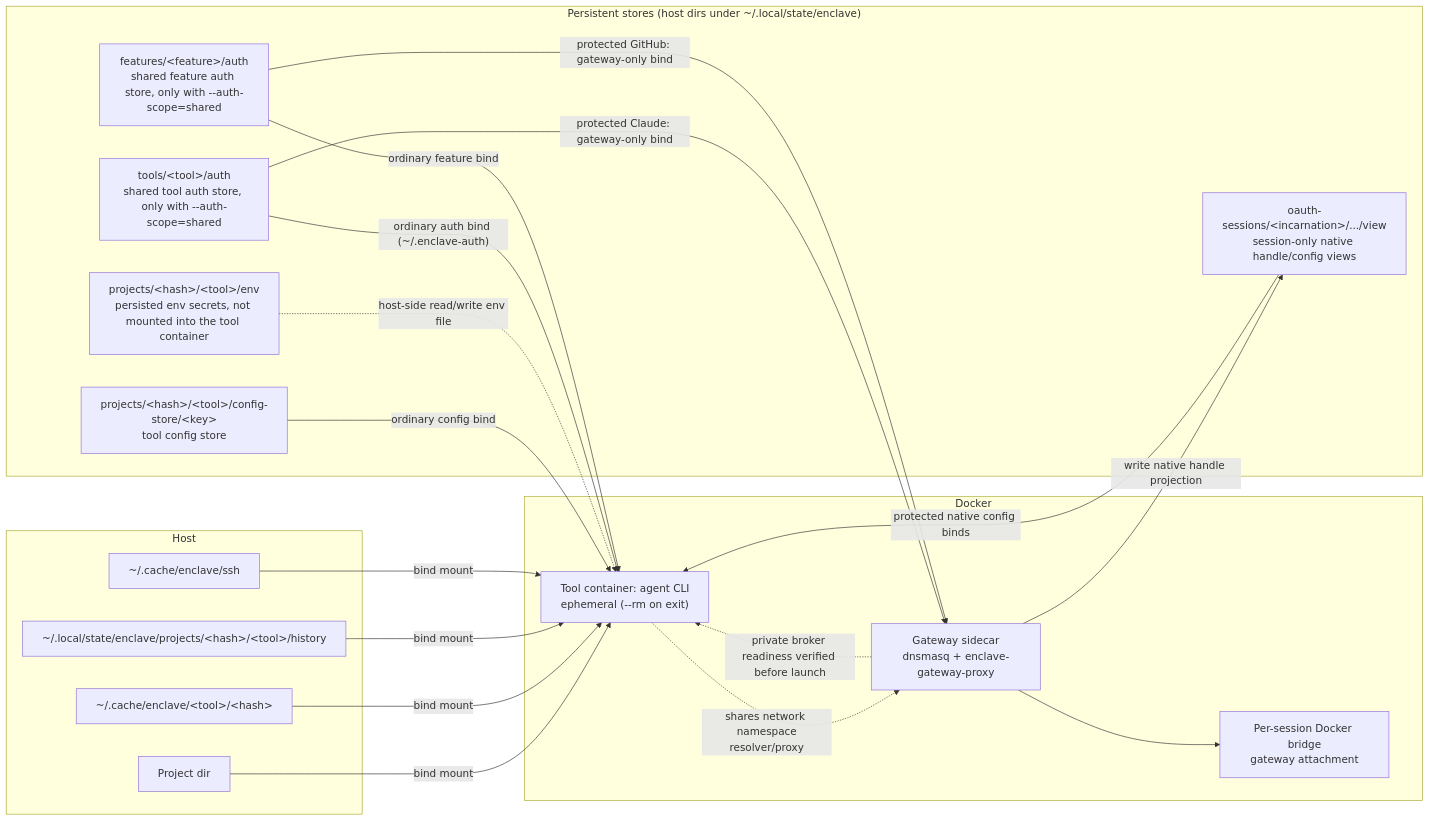
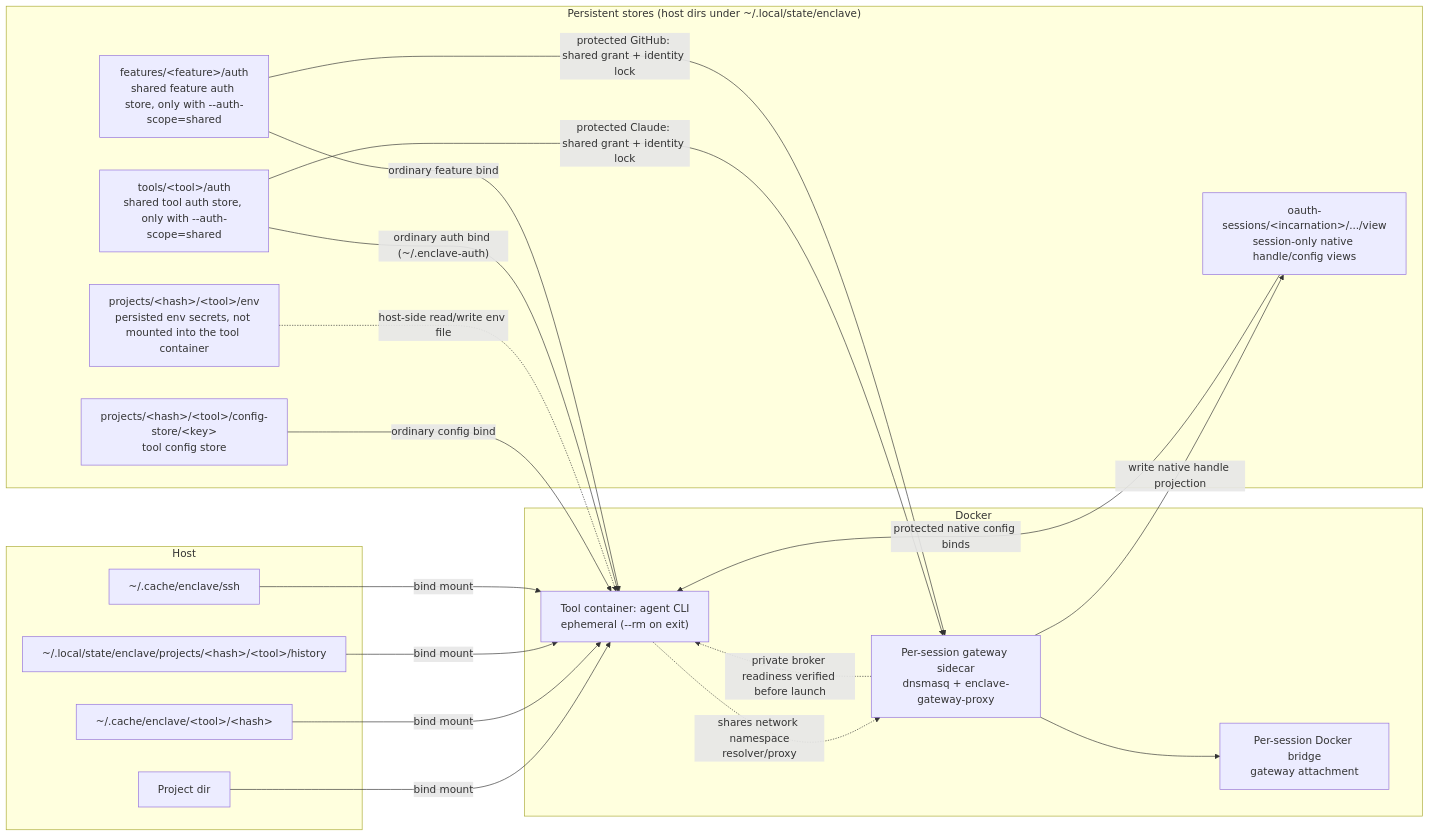
The first of 2 diagrams in docs/ARCHITECTURE.md (eclipse-enclave/enclave), drawn with Mermaid before and after one commit. The commit also changed other lines of this file and 22 other files, not shown here.

Commit message:
feat: support concurrent protected auth sessions

````diff
--- a/docs/ARCHITECTURE.md
+++ b/docs/ARCHITECTURE.md
@@ -33,39 +33,39 @@
 ```mermaid
 flowchart LR
     subgraph Host
         ProjectDir["Project dir"]
         CacheDir["~/.cache/enclave/&lt;tool&gt;/&lt;hash&gt;"]
         HistoryDir["~/.local/state/enclave/projects/&lt;hash&gt;/&lt;tool&gt;/history"]
         SSHDir["~/.cache/enclave/ssh"]
     end
 
     subgraph Stores["Persistent stores (host dirs under ~/.local/state/enclave)"]
         ConfigStore["projects/&lt;hash&gt;/&lt;tool&gt;/config-store/&lt;key&gt;<br/>tool config store"]
         EnvStore["projects/&lt;hash&gt;/&lt;tool&gt;/env<br/>persisted env secrets, not mounted into the tool container"]
         SharedAuthStore["tools/&lt;tool&gt;/auth<br/>shared tool auth store, only with --auth-scope=shared"]
         FeatureAuthStore["features/&lt;feature&gt;/auth<br/>shared feature auth store, only with --auth-scope=shared"]
         ProtectedViews["oauth-sessions/&lt;incarnation&gt;/.../view<br/>session-only native handle/config views"]
     end
 
     subgraph Docker
         DnsNet["Per-session Docker bridge<br/>gateway attachment"]
-        Gateway["Gateway sidecar<br/>dnsmasq + enclave-gateway-proxy"]
+        Gateway["Per-session gateway sidecar<br/>dnsmasq + enclave-gateway-proxy"]
         Tool["Tool container: agent CLI<br/>ephemeral (--rm on exit)"]
     end
 
     ProjectDir -->|"bind mount"| Tool
     CacheDir -->|"bind mount"| Tool
     HistoryDir -->|"bind mount"| Tool
     SSHDir -->|"bind mount"| Tool
     ConfigStore -->|"ordinary config bind"| Tool
     EnvStore -.->|"host-side read/write env file"| Tool
     SharedAuthStore -->|"ordinary auth bind (~/.enclave-auth)"| Tool
     FeatureAuthStore -->|"ordinary feature bind"| Tool
-    SharedAuthStore -->|"protected Claude: gateway-only bind"| Gateway
-    FeatureAuthStore -->|"protected GitHub: gateway-only bind"| Gateway
+    SharedAuthStore -->|"protected Claude: shared grant + identity lock"| Gateway
+    FeatureAuthStore -->|"protected GitHub: shared grant + identity lock"| Gateway
     Gateway -->|"write native handle projection"| ProtectedViews
     Gateway -.->|"private broker readiness verified before launch"| Tool
     ProtectedViews -->|"protected native config binds"| Tool
     Gateway --> DnsNet
     Tool -.->|"shares network namespace<br/>resolver/proxy"| Gateway
 ```
````
